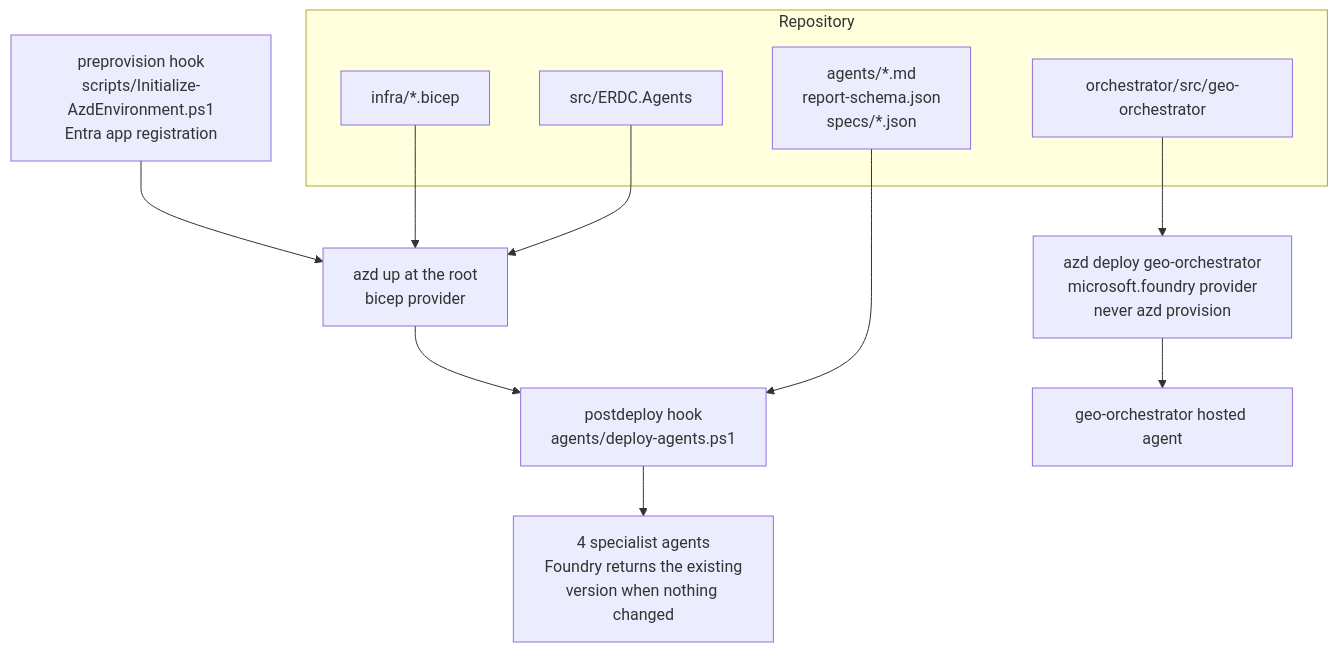
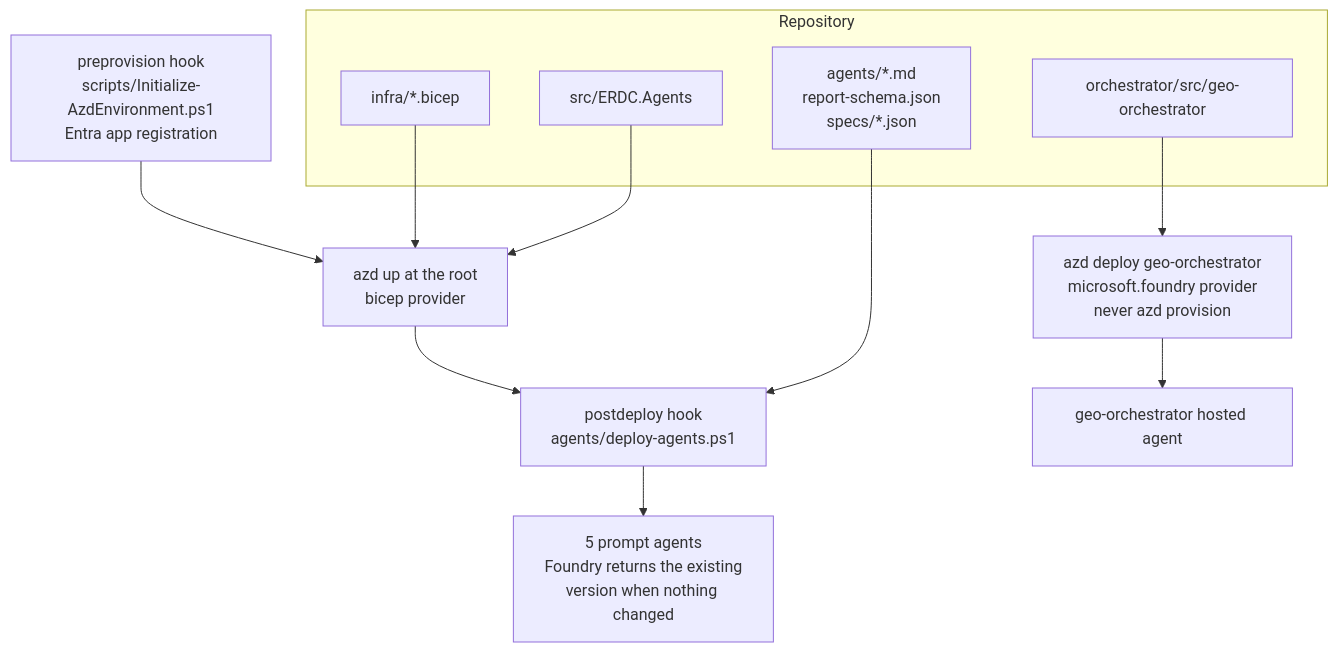
The third of 3 diagrams in README.md (TK11703/geo-location-agents), drawn with Mermaid before and after one commit. The commit also changed other lines of this file and 22 other files, not shown here.

````diff
--- a/README.md
+++ b/README.md
@@ -96,22 +108,22 @@
 ```mermaid
 flowchart TB
     subgraph Repo["Repository"]
         Infra["infra/*.bicep"]
         Api["src/ERDC.Agents"]
         Defs["agents/*.md<br/>report-schema.json<br/>specs/*.json"]
         OrchSrc["orchestrator/src/geo-orchestrator"]
     end
 
     Pre["preprovision hook<br/>scripts/Initialize-AzdEnvironment.ps1<br/>Entra app registration"]
     Root["azd up at the root<br/>bicep provider"]
     Hook["postdeploy hook<br/>agents/deploy-agents.ps1"]
     Sub["azd deploy geo-orchestrator<br/>microsoft.foundry provider<br/>never azd provision"]
 
     Pre --> Root
     Infra --> Root
     Api --> Root
     Root --> Hook
     Defs --> Hook
-    Hook --> Agents["4 specialist agents<br/>Foundry returns the existing<br/>version when nothing changed"]
+    Hook --> Agents["5 prompt agents<br/>Foundry returns the existing<br/>version when nothing changed"]
     OrchSrc --> Sub --> Hosted["geo-orchestrator hosted agent"]
 ```
````
